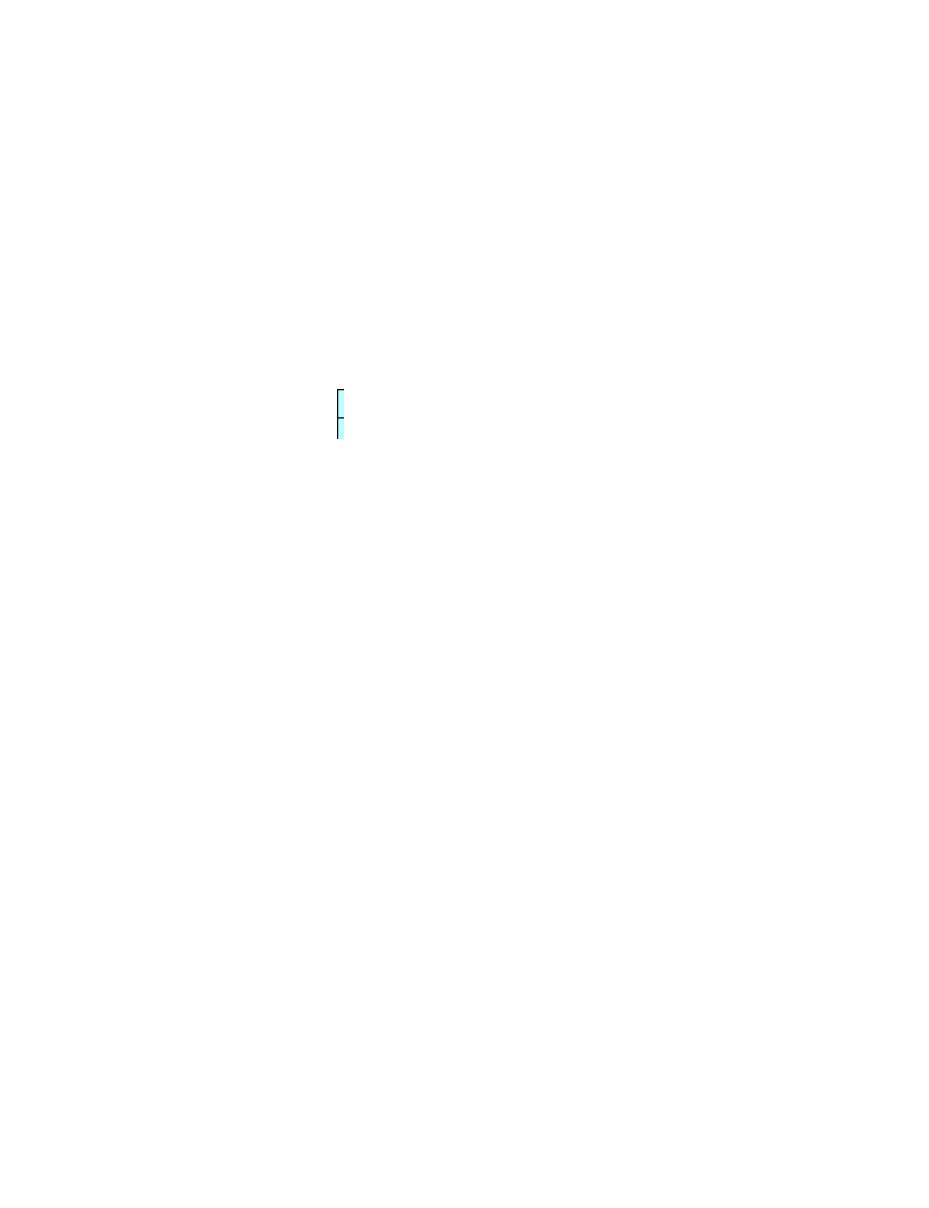
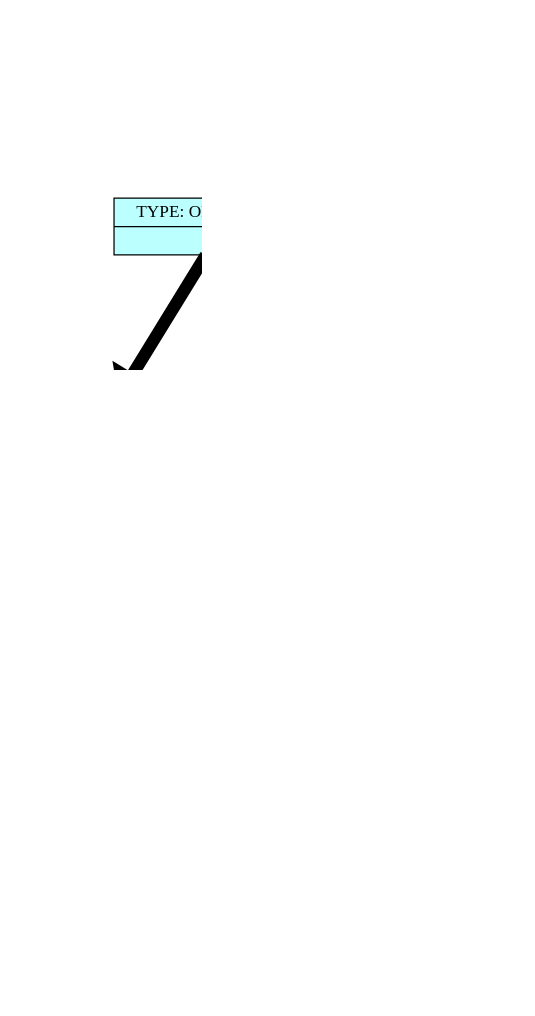
Before and after one commit to Troll0ton/Differentiator: the diagram in dump/list_graph.dot, drawn with Graphviz. The commit also changed 63 other files, not shown here.

```diff
--- a/dump/list_graph.dot
+++ b/dump/list_graph.dot
@@ -1,50 +1,35 @@
 digraph structs {    
 rankdir = TB;        
 graph [dpi = 200];   
 ranksep = 1.5;       
 edge[penwidth = 10]; 
 cell0 [style = filled, color = black, shape=record, 
+fillcolor = paleturquoise1, label = " { <ptr> TYPE: OPERATION (2) | *} " ];                         
+cell1 [style = filled, color = black, shape=record, 
+fillcolor = paleturquoise1, label = " { <ptr> TYPE: OPERATION (2) | \over} " ];                         
+cell2 [style = filled, color = black, shape=record, 
+fillcolor = coral2, label = " { <ptr> TYPE: NUMERIC (4) | 1} " ];                         
+cell3 [style = filled, color = black, shape=record, 
+fillcolor = paleturquoise1, label = " { <ptr> TYPE: OPERATION (3) | ^} " ];                         
+cell4 [style = filled, color = black, shape=record, 
+fillcolor = paleturquoise1, label = " { <ptr> TYPE: OPERATION (4) | sin} " ];                         
+cell5 [style = filled, color = black, shape=record, 
 fillcolor = paleturquoise1, label = " { <ptr> TYPE: OPERATION (1) | +} " ];                         
-cell1 [style = filled, color = black, shape=record, 
-fillcolor = paleturquoise1, label = " { <ptr> TYPE: OPERATION (1) | +} " ];                         
-cell2 [style = filled, color = black, shape=record, 
-fillcolor = paleturquoise1, label = " { <ptr> TYPE: OPERATION (2) | *} " ];                         
-cell3 [style = filled, color = black, shape=record, 
-fillcolor = paleturquoise1, label = " { <ptr> TYPE: OPERATION (2) | *} " ];                         
-cell4 [style = filled, color = black, shape=record, 
+cell6 [style = filled, color = black, shape=record, 
+fillcolor = darkolivegreen2, label = " { <ptr> TYPE: VARIABLE (4) | x} " ];                         
+cell7 [style = filled, color = black, shape=record, 
+fillcolor = coral2, label = " { <ptr> TYPE: NUMERIC (4) | 32} " ];                         
+cell8 [style = filled, color = black, shape=record, 
+fillcolor = coral2, label = " { <ptr> TYPE: NUMERIC (4) | 2} " ];                         
+cell9 [style = filled, color = black, shape=record, 
 fillcolor = coral2, label = " { <ptr> TYPE: NUMERIC (4) | -1} " ];                         
-cell5 [style = filled, color = black, shape=record, 
-fillcolor = paleturquoise1, label = " { <ptr> TYPE: OPERATION (4) | sin} " ];                         
-cell6 [style = filled, color = black, shape=record, 
-fillcolor = paleturquoise1, label = " { <ptr> TYPE: OPERATION (2) | *} " ];                         
-cell7 [style = filled, color = black, shape=record, 
-fillcolor = darkolivegreen2, label = " { <ptr> TYPE: VARIABLE (4) | x} " ];                         
-cell8 [style = filled, color = black, shape=record, 
-fillcolor = coral2, label = " { <ptr> TYPE: NUMERIC (4) | 133.1} " ];                         
-cell9 [style = filled, color = black, shape=record, 
-fillcolor = coral2, label = " { <ptr> TYPE: NUMERIC (4) | 133.1} " ];                         
-cell10 [style = filled, color = black, shape=record, 
-fillcolor = paleturquoise1, label = " { <ptr> TYPE: OPERATION (4) | cos} " ];                         
-cell11 [style = filled, color = black, shape=record, 
-fillcolor = paleturquoise1, label = " { <ptr> TYPE: OPERATION (1) | +} " ];                         
-cell12 [style = filled, color = black, shape=record, 
-fillcolor = darkolivegreen2, label = " { <ptr> TYPE: VARIABLE (4) | x} " ];                         
-cell13 [style = filled, color = black, shape=record, 
-fillcolor = coral2, label = " { <ptr> TYPE: NUMERIC (4) | 78.43} " ];                         
-cell14 [style = filled, color = black, shape=record, 
-fillcolor = coral2, label = " { <ptr> TYPE: NUMERIC (4) | 1} " ];                         
 cell0 -> cell1;
 cell1 -> cell2;
-cell2 -> cell3;
+cell1 -> cell3;
 cell3 -> cell4;
-cell3 -> cell5;
+cell4 -> cell5;
 cell5 -> cell6;
-cell6 -> cell7;
-cell6 -> cell8;
-cell2 -> cell9;
-cell1 -> cell10;
-cell10 -> cell11;
-cell11 -> cell12;
-cell11 -> cell13;
-cell0 -> cell14;
+cell5 -> cell7;
+cell3 -> cell8;
+cell0 -> cell9;
 }
```
